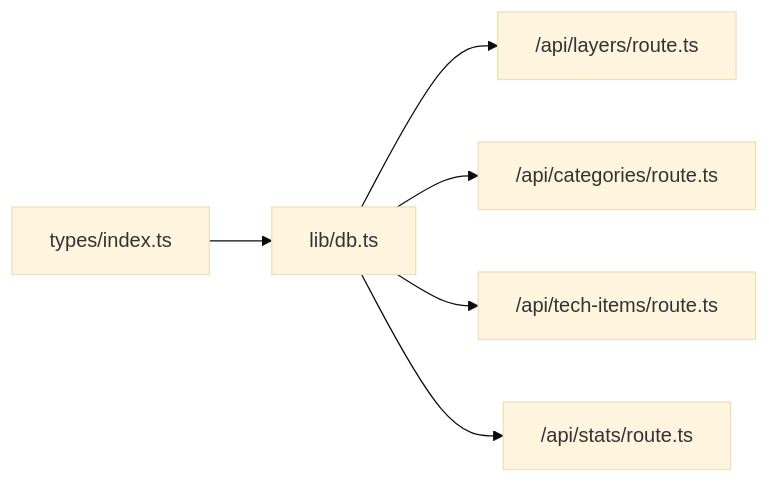
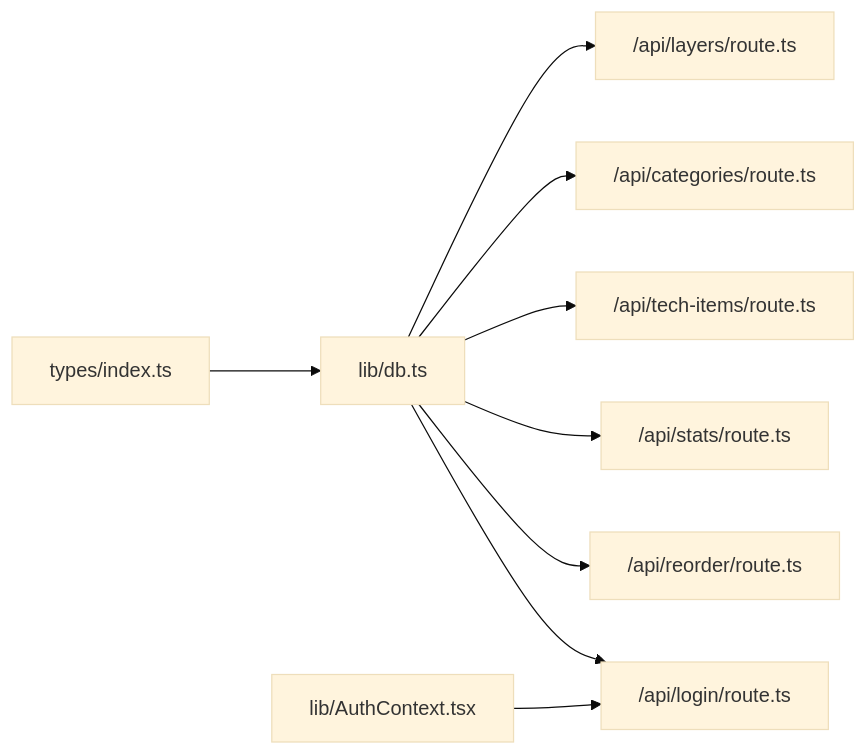
Before and after one commit to tutusiji/lantu-next: the sixth of 6 diagrams in .qoder/repowiki/zh/content/系统架构/数据库架构.md, drawn with Mermaid (base theme). The commit also changed other lines of this file and 22 other files, not shown here.

````diff
--- a/.qoder/repowiki/zh/content/系统架构/数据库架构.md
+++ b/.qoder/repowiki/zh/content/系统架构/数据库架构.md
@@ -302,8 +368,11 @@
 ```mermaid
 graph LR
 Types["types/index.ts"] --> DB["lib/db.ts"]
 DB --> API_L["/api/layers/route.ts"]
 DB --> API_C["/api/categories/route.ts"]
 DB --> API_T["/api/tech-items/route.ts"]
 DB --> API_S["/api/stats/route.ts"]
+DB --> API_R["/api/reorder/route.ts"]
+DB --> API_Login["/api/login/route.ts"]
+AUTH_CTX["lib/AuthContext.tsx"] --> API_Login
 ```
````
